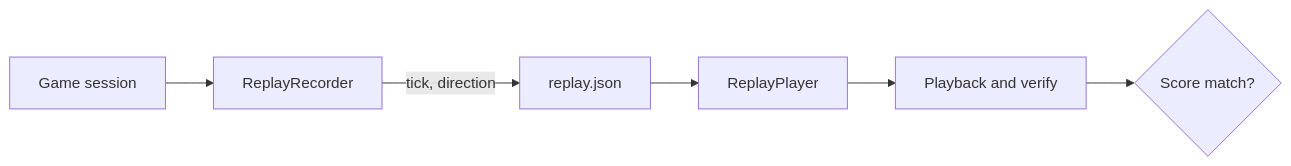
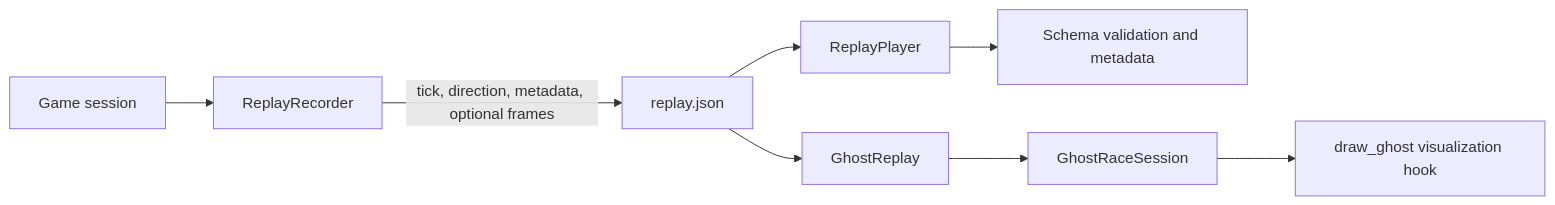
Before and after one commit to sparshsam/hisstastic: the fourth of 4 diagrams in ARCHITECTURE.md, drawn with Mermaid. The commit also changed other lines of this file and 11 other files, not shown here.

Commit message:
Document ghost replay and git safety policy

````diff
--- a/ARCHITECTURE.md
+++ b/ARCHITECTURE.md
@@ -96,8 +100,10 @@
 ```mermaid
 flowchart LR
     A["Game session"] --> B["ReplayRecorder"]
-    B -->|tick, direction| C["replay.json"]
+    B -->|tick, direction, metadata, optional frames| C["replay.json"]
     C --> D["ReplayPlayer"]
-    D --> E["Playback and verify"]
-    E --> F{"Score match?"}
+    C --> G["GhostReplay"]
+    D --> E["Schema validation and metadata"]
+    G --> H["GhostRaceSession"]
+    H --> I["draw_ghost visualization hook"]
 ```
````
